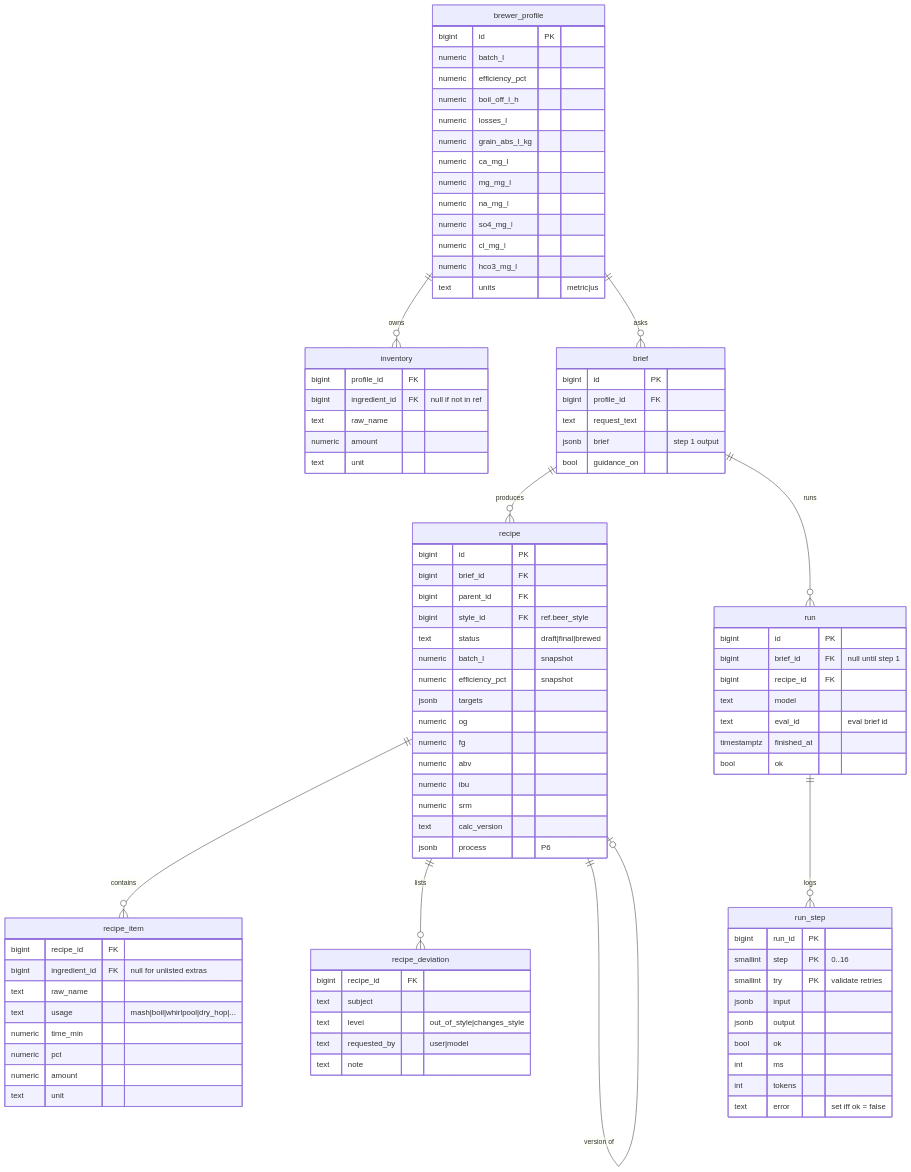
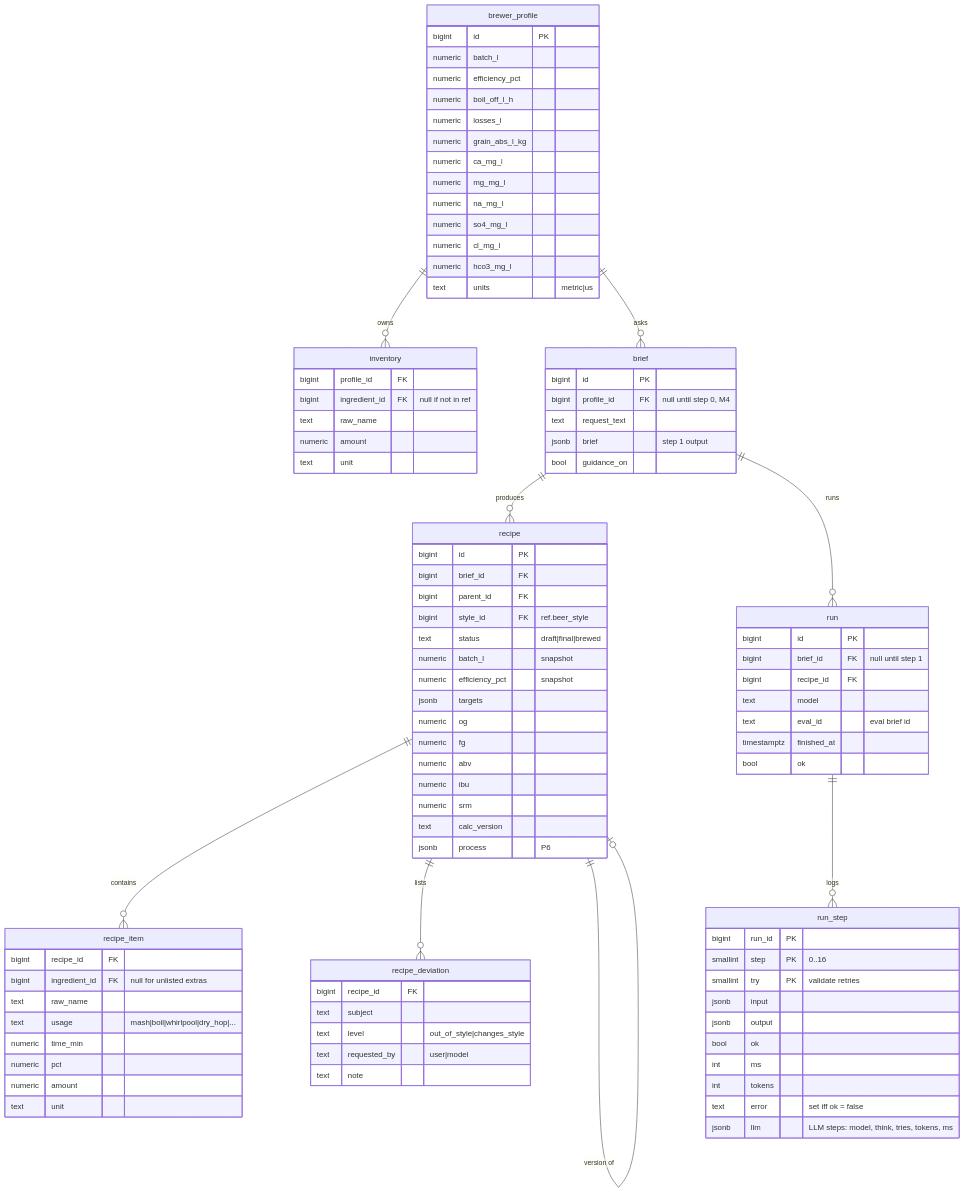
The fourth of 4 diagrams in docs/DATABASE.md (badacsonyigorenyember/homebrew_ai), drawn with Mermaid before and after one commit. The commit also changed other lines of this file and 7 other files, not shown here.

````diff
--- a/docs/DATABASE.md
+++ b/docs/DATABASE.md
@@ -332,7 +332,7 @@
     }
     brief {
         bigint id PK
-        bigint profile_id FK
+        bigint profile_id FK "null until step 0, M4"
         text request_text
         jsonb brief "step 1 output"
         bool guidance_on
@@ -390,5 +390,6 @@
         int ms
         int tokens
         text error "set iff ok = false"
+        jsonb llm "LLM steps: model, think, tries, tokens, ms"
     }
 ```
````
